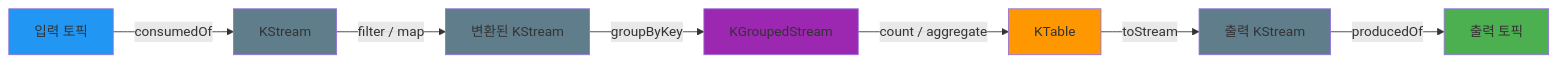
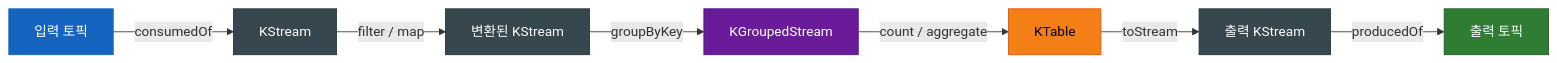
The third of 3 diagrams in infra/kafka/README.ko.md (bluetape4k/bluetape4k-projects), drawn with Mermaid before and after one commit. The commit also changed other lines of this file and 221 other files, not shown here.

First line of the commit message:
docs: 전체 모듈 README UML 다이어그램 보강 및 색상 업그레이드

````diff
--- a/infra/kafka/README.ko.md
+++ b/infra/kafka/README.ko.md
@@ -432,17 +448,25 @@
 ```mermaid
 flowchart LR
     IT[입력 토픽] -->|consumedOf| KS[KStream]
     KS -->|filter / map| KS2[변환된 KStream]
     KS2 -->|groupByKey| KG[KGroupedStream]
     KG -->|count / aggregate| KT[KTable]
     KT -->|toStream| OS[출력 KStream]
     OS -->|producedOf| OT[출력 토픽]
 
-    style IT fill:#2196F3
-    style OT fill:#4CAF50
-    style KT fill:#FF9800
-    style KS fill:#607D8B
-    style KS2 fill:#607D8B
-    style KG fill:#9C27B0
-    style OS fill:#607D8B
+    classDef coreStyle fill:#1B5E20,stroke:#1B5E20,color:#FFFFFF,font-weight:bold
+    classDef serviceStyle fill:#1565C0,stroke:#1565C0,color:#FFFFFF
+    classDef utilStyle fill:#E65100,stroke:#E65100,color:#FFFFFF
+    classDef asyncStyle fill:#6A1B9A,stroke:#6A1B9A,color:#FFFFFF
+    classDef extStyle fill:#37474F,stroke:#37474F,color:#FFFFFF
+    classDef dataStyle fill:#F57F17,stroke:#F57F17,color:#000000
+    classDef cacheStyle fill:#2E7D32,stroke:#1B5E20,color:#FFFFFF
+
+    style IT fill:#1565C0,stroke:#1565C0,color:#FFFFFF
+    style OT fill:#2E7D32,stroke:#1B5E20,color:#FFFFFF
+    style KT fill:#F57F17,stroke:#E65100,color:#000000
+    style KS fill:#37474F,stroke:#263238,color:#FFFFFF
+    style KS2 fill:#37474F,stroke:#263238,color:#FFFFFF
+    style KG fill:#6A1B9A,stroke:#4A148C,color:#FFFFFF
+    style OS fill:#37474F,stroke:#263238,color:#FFFFFF
 ```
````
